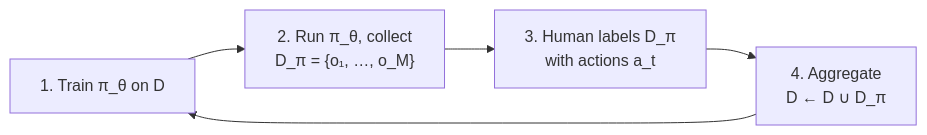
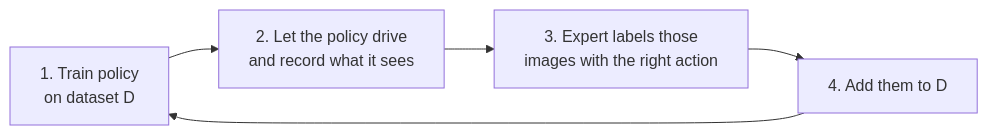
Before and after one commit to rohitmekkoth/robot-learning: the second of 2 diagrams in notes/lectures/cs285.md, drawn with Mermaid. The commit also changed other lines of this file and 1 other file, not shown here.

````diff
--- a/notes/lectures/cs285.md
+++ b/notes/lectures/cs285.md
@@ -115,7 +193,7 @@
 ```mermaid
 flowchart LR
-    A["1. Train π_θ on D"] --> B["2. Run π_θ, collect<br/>D_π = {o₁, …, o_M}"]
-    B --> C["3. Human labels D_π<br/>with actions a_t"]
-    C --> D["4. Aggregate<br/>D ← D ∪ D_π"]
+    A["1. Train policy<br/>on dataset D"] --> B["2. Let the policy drive<br/>and record what it sees"]
+    B --> C["3. Expert labels those<br/>images with the right action"]
+    C --> D["4. Add them to D"]
     D --> A
 ```
````
